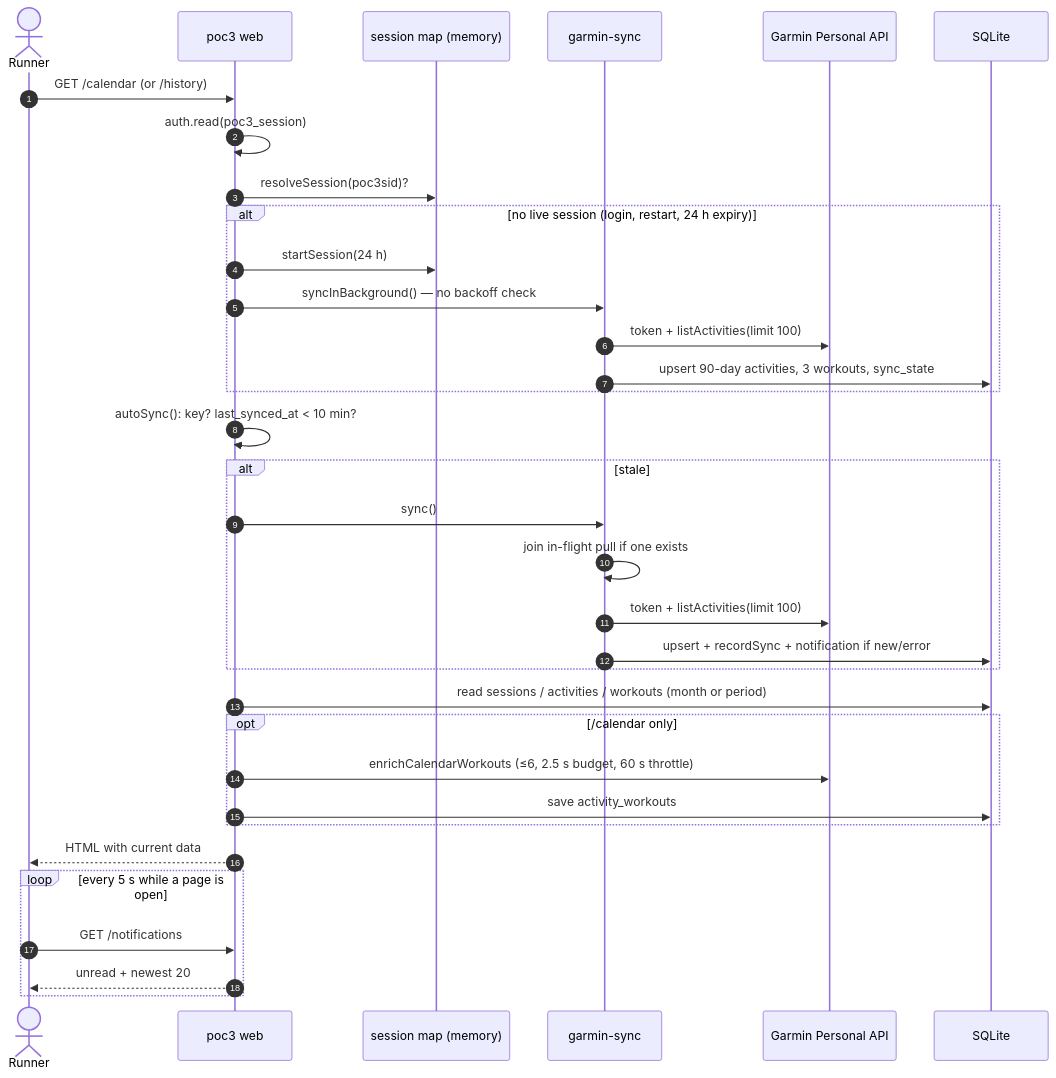
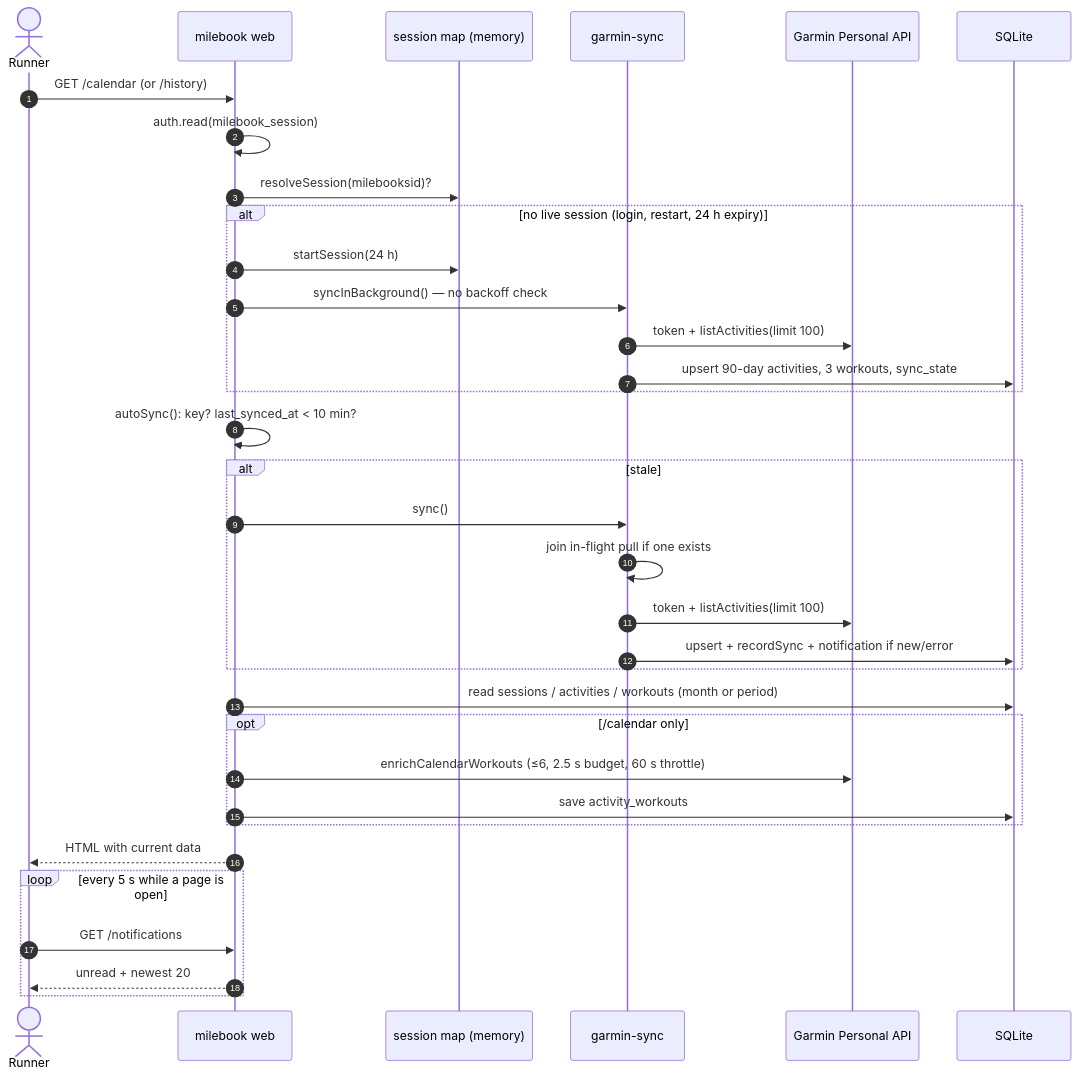
Before and after one commit to nkyang10/training-planner-3: the third of 3 diagrams in docs/analysis/01-user-workflow-map.md, drawn with Mermaid. The commit also changed other lines of this file and 51 other files, not shown here.

First line of the commit message:
Milebook: rebrand POC3 -> Milebook (brand/titles, contract keys, env+cookies, docs, deploy, Windows task); legacy names still honoured; 556 tests, live redeployed

````diff
--- a/docs/analysis/01-user-workflow-map.md
+++ b/docs/analysis/01-user-workflow-map.md
@@ -624,36 +624,36 @@
 ```mermaid
 sequenceDiagram
   autonumber
   actor R as Runner
-  participant W as poc3 web
+  participant W as milebook web
   participant SS as session map (memory)
   participant SY as garmin-sync
   participant GA as Garmin Personal API
   participant DB as SQLite
   R->>W: GET /calendar (or /history)
-  W->>W: auth.read(poc3_session)
-  W->>SS: resolveSession(poc3sid)?
+  W->>W: auth.read(milebook_session)
+  W->>SS: resolveSession(milebooksid)?
   alt no live session (login, restart, 24 h expiry)
     W->>SS: startSession(24 h)
     W->>SY: syncInBackground() — no backoff check
     SY->>GA: token + listActivities(limit 100)
     SY->>DB: upsert 90-day activities, 3 workouts, sync_state
   end
   W->>W: autoSync(): key? last_synced_at < 10 min?
   alt stale
     W->>SY: sync()
     SY->>SY: join in-flight pull if one exists
     SY->>GA: token + listActivities(limit 100)
     SY->>DB: upsert + recordSync + notification if new/error
   end
   W->>DB: read sessions / activities / workouts (month or period)
   opt /calendar only
     W->>GA: enrichCalendarWorkouts (≤6, 2.5 s budget, 60 s throttle)
     W->>DB: save activity_workouts
   end
   W-->>R: HTML with current data
   loop every 5 s while a page is open
     R->>W: GET /notifications
     W-->>R: unread + newest 20
   end
 ```
````
